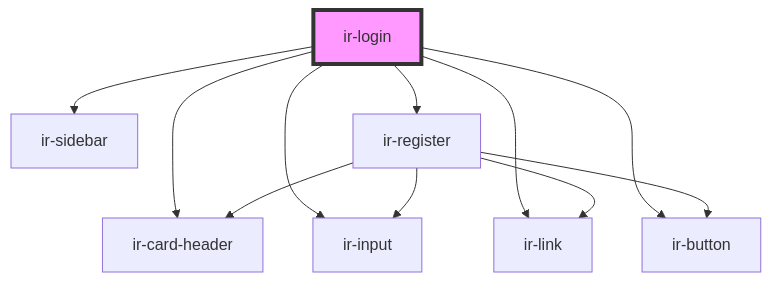
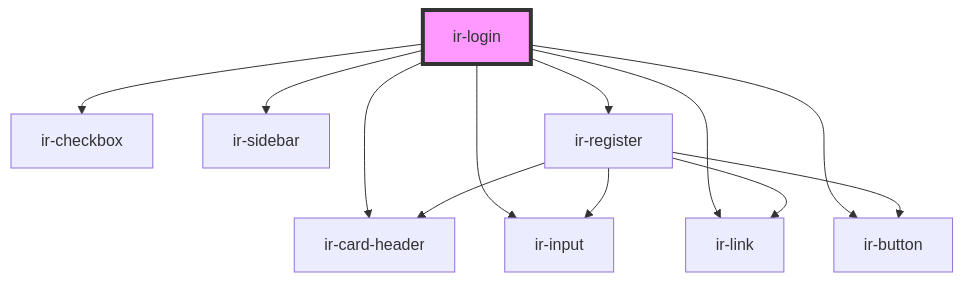
The diagram in src/components/ir-login/readme.md (David1Chowaifaty/assignment-2-web-c), drawn with Mermaid before and after one commit. The commit also changed other lines of this file and 5 other files, not shown here.

````diff
--- a/src/components/ir-login/readme.md
+++ b/src/components/ir-login/readme.md
@@ -28,14 +29,15 @@
 ```mermaid
 graph TD;
   ir-login --> ir-card-header
   ir-login --> ir-input
+  ir-login --> ir-checkbox
   ir-login --> ir-link
   ir-login --> ir-button
   ir-login --> ir-sidebar
   ir-login --> ir-register
   ir-register --> ir-card-header
   ir-register --> ir-input
   ir-register --> ir-button
   ir-register --> ir-link
   style ir-login fill:#f9f,stroke:#333,stroke-width:4px
 ```
````
